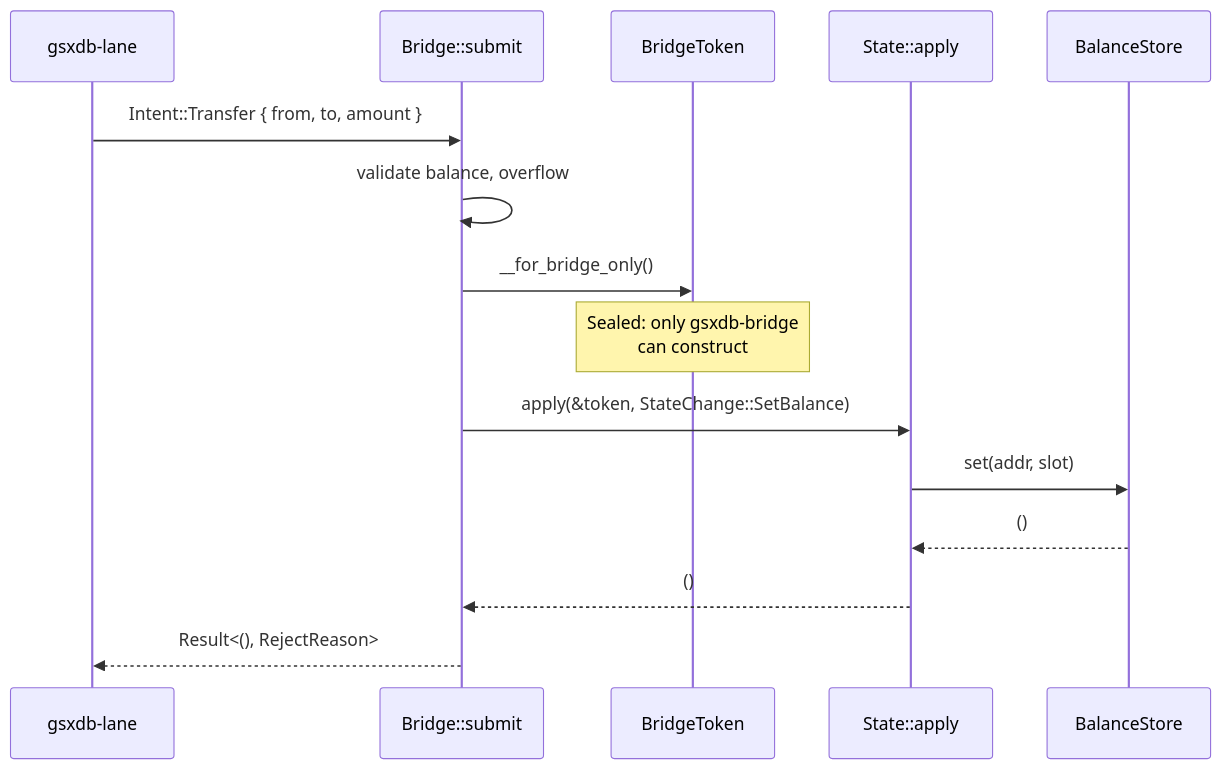
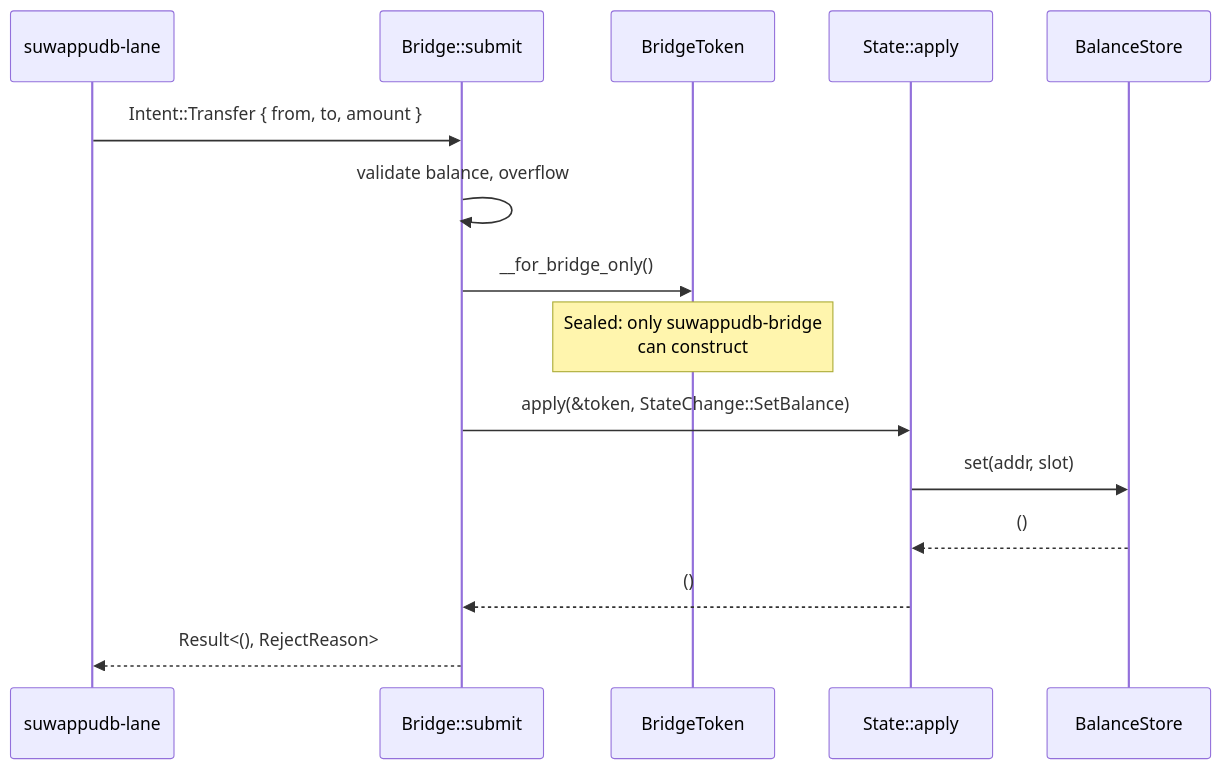
The second of 3 diagrams in docs/architecture/overview.md (Suwappu-Labs/suwappu-db), drawn with Mermaid before and after one commit. The commit also changed other lines of this file and 232 other files, not shown here.

````diff
--- a/docs/architecture/overview.md
+++ b/docs/architecture/overview.md
@@ -45,18 +45,18 @@
 ```mermaid
 sequenceDiagram
-    participant Lane as gsxdb-lane
+    participant Lane as suwappudb-lane
     participant Bridge as Bridge::submit
     participant Token as BridgeToken
     participant State as State::apply
     participant Store as BalanceStore
 
     Lane->>Bridge: Intent::Transfer { from, to, amount }
     Bridge->>Bridge: validate balance, overflow
     Bridge->>Token: __for_bridge_only()
-    Note over Token: Sealed: only gsxdb-bridge<br/>can construct
+    Note over Token: Sealed: only suwappudb-bridge<br/>can construct
     Bridge->>State: apply(&token, StateChange::SetBalance)
     State->>Store: set(addr, slot)
     Store-->>State: ()
     State-->>Bridge: ()
     Bridge-->>Lane: Result<(), RejectReason>
 ```
````
